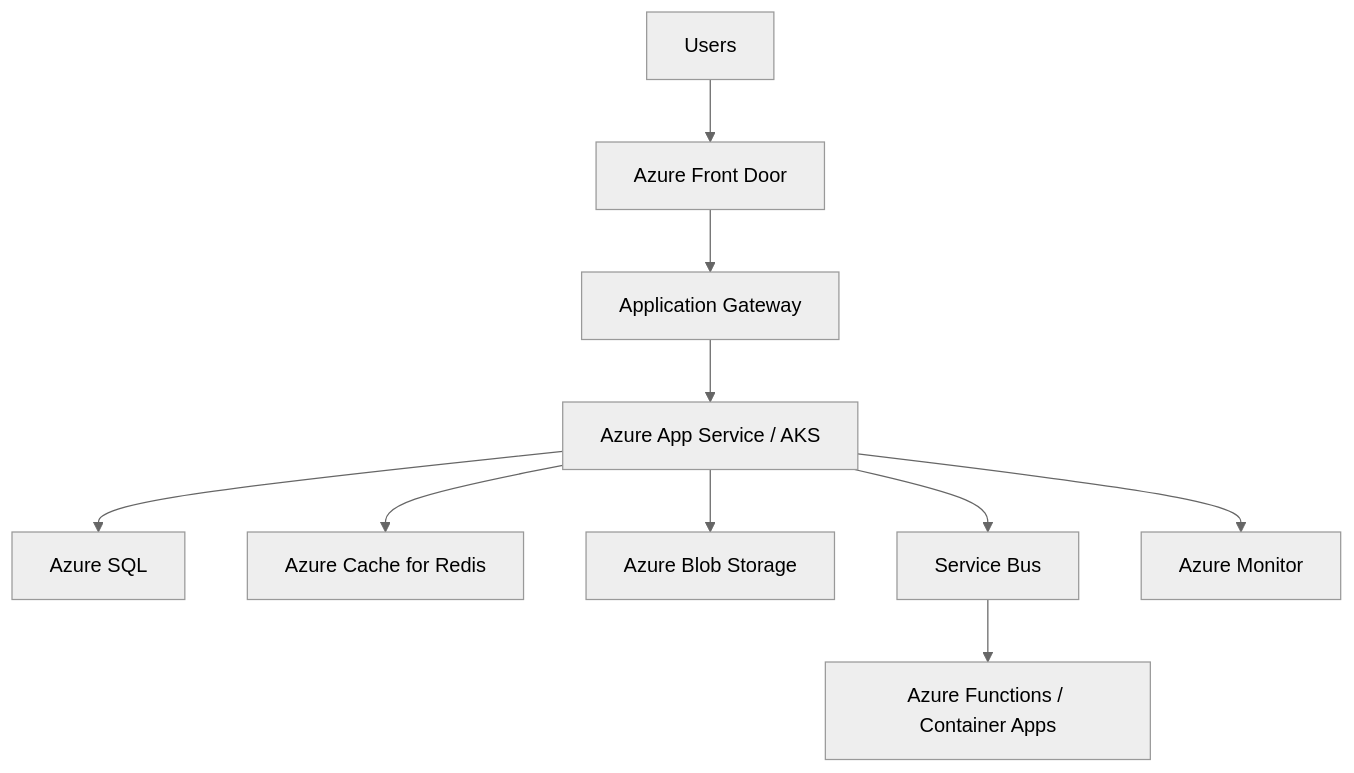
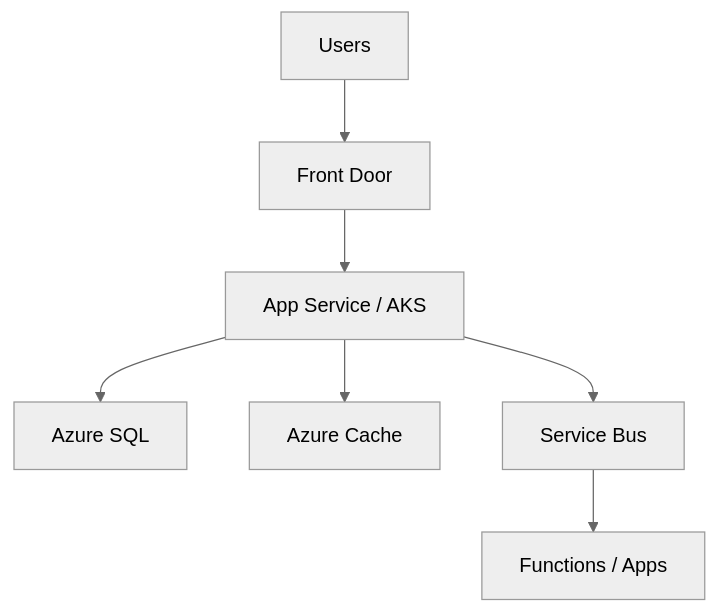
One commit to quesiblaq442-del/architecture-diagram changed diagram 18 of 25 in ARCHITECTURE.md. Above: the diagram before and after it, drawn with Mermaid (neutral theme). The commit also changed other lines of this file, not shown here.

````diff
--- a/ARCHITECTURE.md
+++ b/ARCHITECTURE.md
@@ -413,12 +502,9 @@
 ```mermaid
 graph TB
-    User["Users"] --> FrontDoor["Azure Front Door"]
-    FrontDoor --> AppGW["Application Gateway"]
-    AppGW --> AppSvc["Azure App Service / AKS"]
-    AppSvc --> SQL["Azure SQL"]
-    AppSvc --> Redis["Azure Cache for Redis"]
-    AppSvc --> Blob["Azure Blob Storage"]
-    AppSvc --> SB["Service Bus"]
-    SB --> Worker["Azure Functions / Container Apps"]
-    AppSvc --> Monitor["Azure Monitor"]
+    Users["Users"] --> FrontDoor["Front Door"]
+    FrontDoor --> App["App Service / AKS"]
+    App --> SQL["Azure SQL"]
+    App --> Redis["Azure Cache"]
+    App --> SB["Service Bus"]
+    SB --> Worker["Functions / Apps"]
 ```
````
